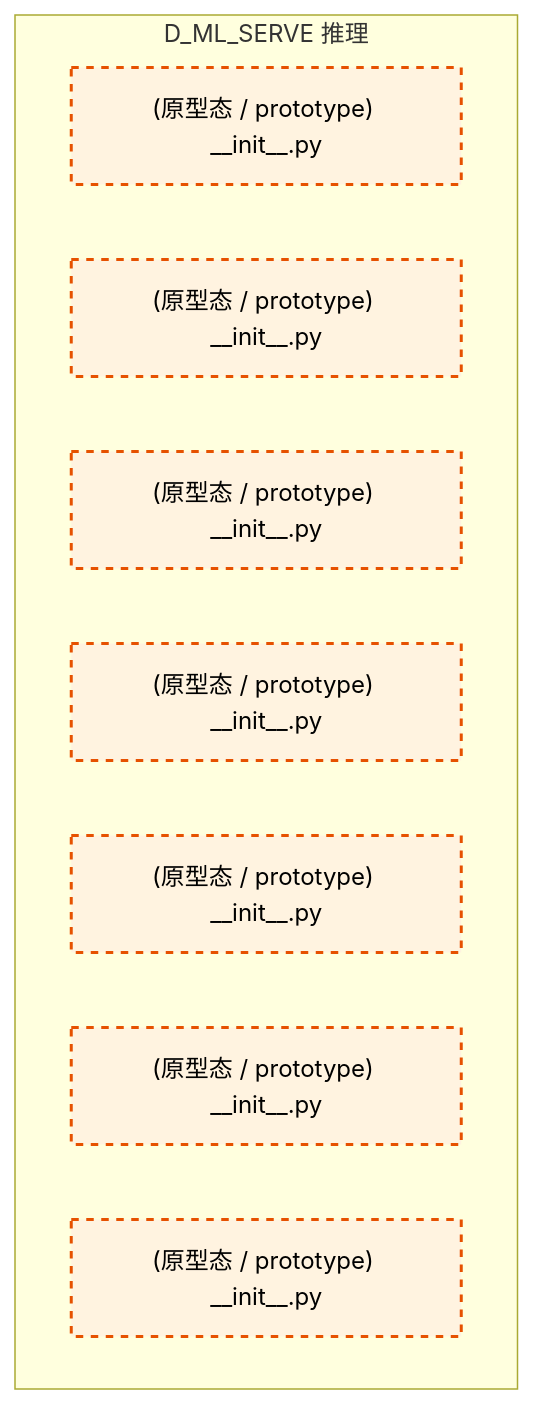
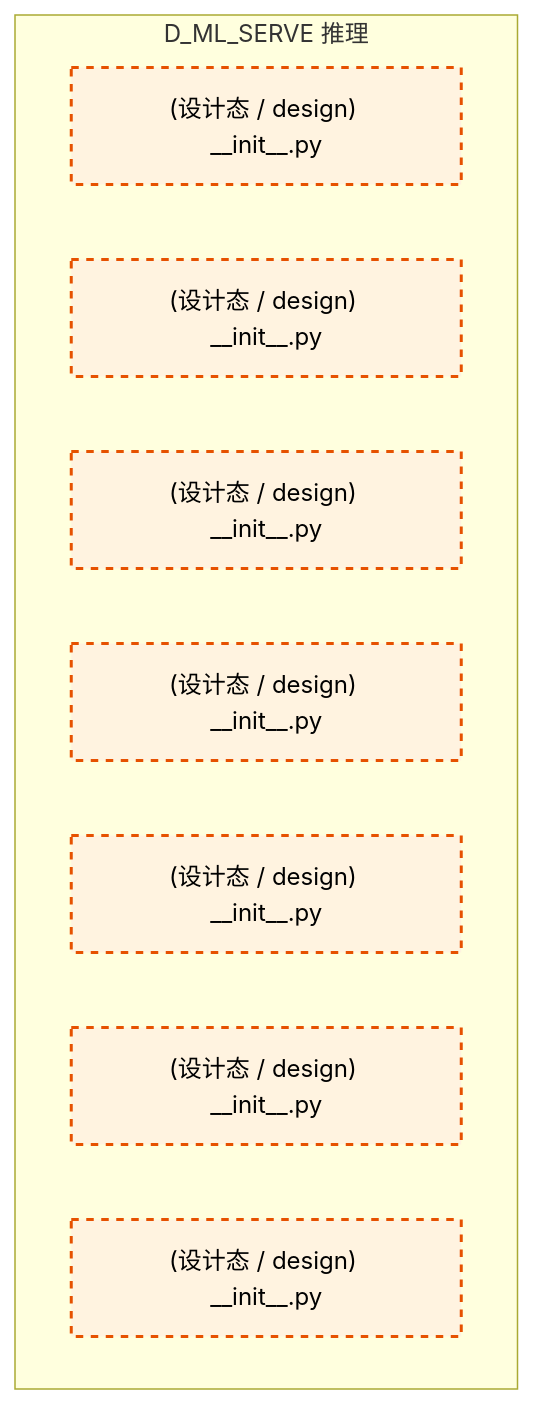
Before and after one commit to xuanFelixVan/ZephyrAlpha: the first of 2 diagrams in docs/02_enterprise_architecture/02_domain_architecture_docs/49_d_ml_serve.md, drawn with Mermaid. The commit also changed other lines of this file and 177 other files, not shown here.

````diff
--- a/docs/02_enterprise_architecture/02_domain_architecture_docs/49_d_ml_serve.md
+++ b/docs/02_enterprise_architecture/02_domain_architecture_docs/49_d_ml_serve.md
@@ -69,17 +68,17 @@
 ```mermaid
 graph TD
     subgraph D_ML_SERVE["D_ML_SERVE 推理"]
-        src_zephyr_ml_serve_init_py["(原型态 / prototype) __init__.py"]
-        src_zephyr_ml_serve_extensions_init_py["(原型态 / prototype) __init__.py"]
-        src_zephyr_ml_serve_api_init_py["(原型态 / prototype) __init__.py"]
-        src_zephyr_ml_serve_core_init_py["(原型态 / prototype) __init__.py"]
-        src_zephyr_ml_serve_infrastructure_init_py["(原型态 / prototype) __init__.py"]
-        src_zephyr_ml_serve_models_init_py["(原型态 / prototype) __init__.py"]
-        src_zephyr_ml_serve_services_init_py["(原型态 / prototype) __init__.py"]
+        src_zephyr_ml_serve_init_py["(设计态 / design) __init__.py"]
+        src_zephyr_ml_serve_extensions_init_py["(设计态 / design) __init__.py"]
+        src_zephyr_ml_serve_api_init_py["(设计态 / design) __init__.py"]
+        src_zephyr_ml_serve_core_init_py["(设计态 / design) __init__.py"]
+        src_zephyr_ml_serve_infrastructure_init_py["(设计态 / design) __init__.py"]
+        src_zephyr_ml_serve_models_init_py["(设计态 / design) __init__.py"]
+        src_zephyr_ml_serve_services_init_py["(设计态 / design) __init__.py"]
     end
     classDef production fill:#e1f5fe,stroke:#01579b,stroke-width:2px,color:#000
     classDef design fill:#fff3e0,stroke:#e65100,stroke-width:2px,color:#000,stroke-dasharray: 5 5
     classDef external_prod fill:#e8f5e9,stroke:#1b5e20,stroke-width:1px,color:#000
     classDef external_design fill:#fce4ec,stroke:#880e4f,stroke-width:1px,color:#000,stroke-dasharray: 5 5
     class src_zephyr_ml_serve_init_py,src_zephyr_ml_serve_extensions_init_py,src_zephyr_ml_serve_api_init_py,src_zephyr_ml_serve_core_init_py,src_zephyr_ml_serve_infrastructure_init_py,src_zephyr_ml_serve_models_init_py,src_zephyr_ml_serve_services_init_py design
 ```
````
